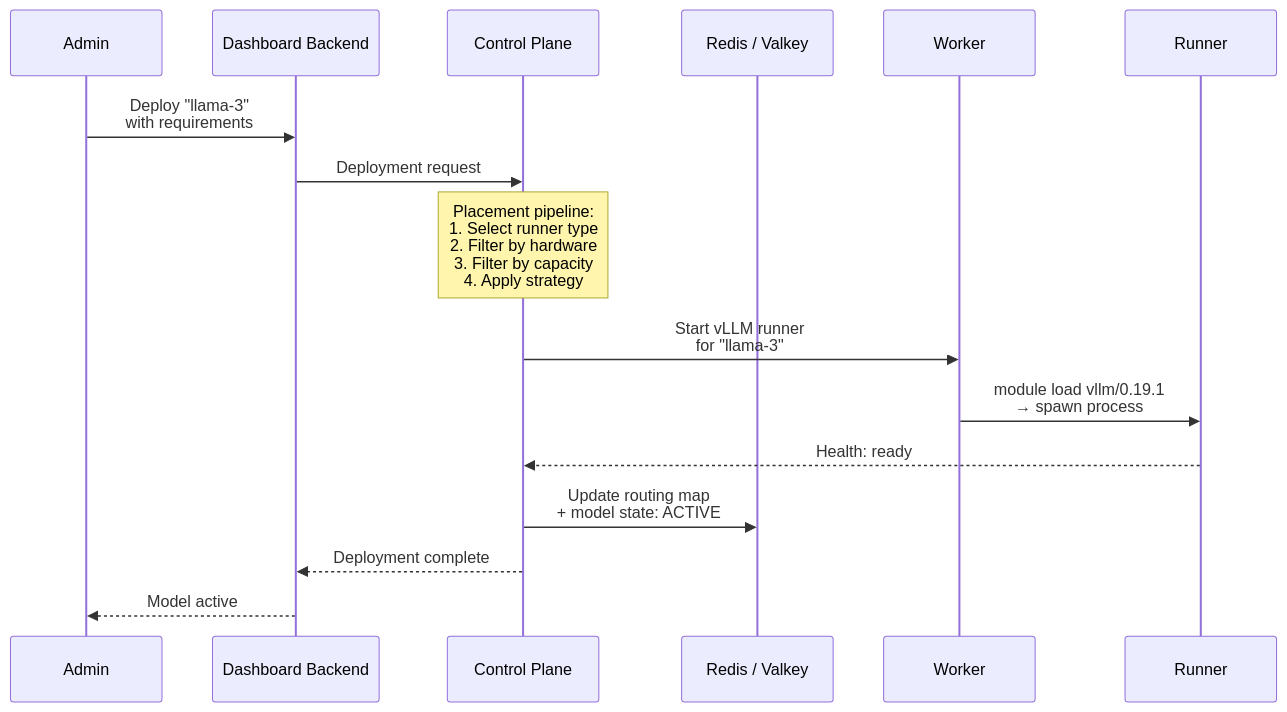
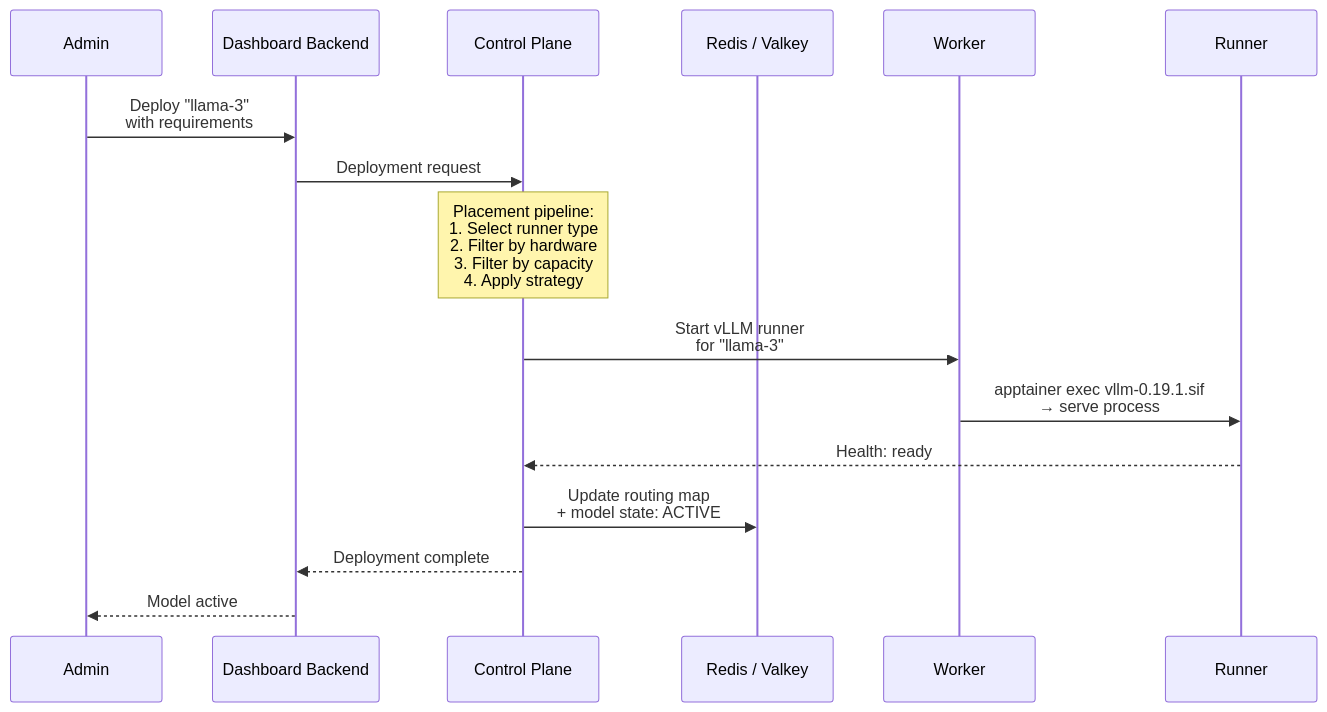
The seventh of 11 diagrams in docs/architecture/overview.md (rh-aiservices-bu/school-of-sardeenz), drawn with Mermaid before and after one commit. The commit also changed other lines of this file and 21 other files, not shown here.

````diff
--- a/docs/architecture/overview.md
+++ b/docs/architecture/overview.md
@@ -370,22 +372,22 @@
 ```mermaid
 sequenceDiagram
     participant Admin
     participant Dashboard as Dashboard Backend
     participant CP as Control Plane
     participant Redis as Redis / Valkey
     participant Worker
     participant Runner
 
     Admin->>Dashboard: Deploy "llama-3"<br/>with requirements
     Dashboard->>CP: Deployment request
 
     Note over CP: Placement pipeline:<br/>1. Select runner type<br/>2. Filter by hardware<br/>3. Filter by capacity<br/>4. Apply strategy
 
     CP->>Worker: Start vLLM runner<br/>for "llama-3"
-    Worker->>Runner: module load vllm/0.19.1<br/>→ spawn process
+    Worker->>Runner: apptainer exec vllm-0.19.1.sif<br/>→ serve process
 
     Runner-->>CP: Health: ready
     CP->>Redis: Update routing map<br/>+ model state: ACTIVE
     CP-->>Dashboard: Deployment complete
     Dashboard-->>Admin: Model active
 ```
````
